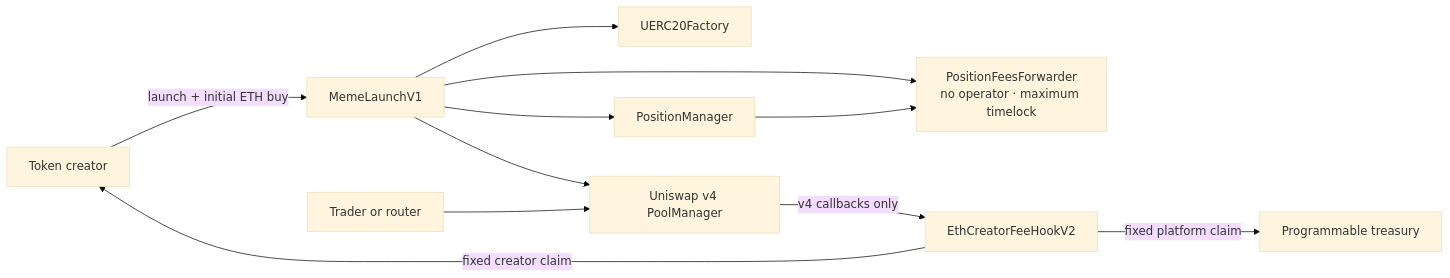
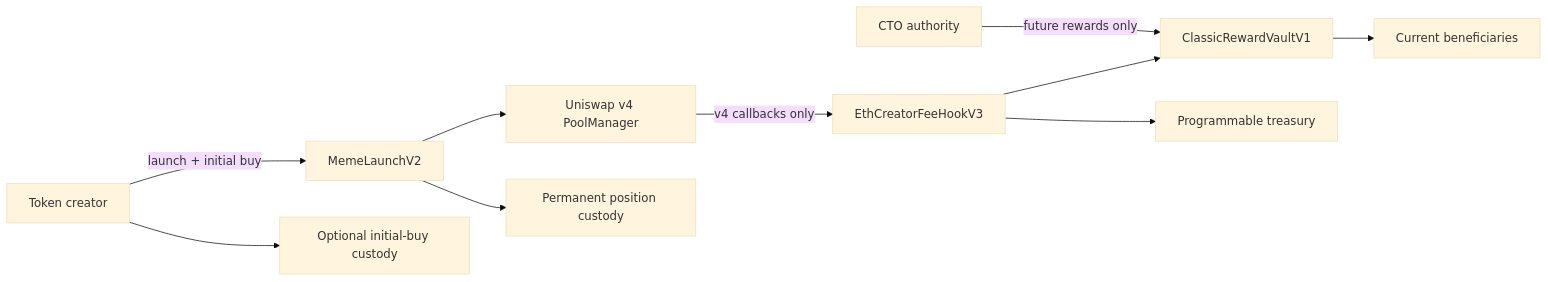
Before and after one commit to 0xprogrammable/PROGRAMMABLE: the diagram in docs/security/CLASSIC_PROPERTIES.md, drawn with Mermaid (base theme). The commit also changed other lines of this file and 13 other files, not shown here.

Commit message:
Activate the current Classic Ethereum release

````diff
--- a/docs/security/CLASSIC_PROPERTIES.md
+++ b/docs/security/CLASSIC_PROPERTIES.md
@@ -8,13 +8,12 @@
 ```mermaid
 flowchart LR
-    creator["Token creator"] -->|"launch + initial ETH buy"| launcher["MemeLaunchV1"]
-    launcher --> factory["UERC20Factory"]
+    creator["Token creator"] -->|"launch + initial buy"| launcher["MemeLaunchV2"]
     launcher --> manager["Uniswap v4 PoolManager"]
-    launcher --> position["PositionManager"]
-    launcher --> lock["PositionFeesForwarder<br/>no operator · maximum timelock"]
-    trader["Trader or router"] --> manager
-    manager -->|"v4 callbacks only"| hook["EthCreatorFeeHookV2"]
-    hook -->|"fixed creator claim"| creator
-    hook -->|"fixed platform claim"| treasury["Programmable treasury"]
-    position --> lock
+    launcher --> position["Permanent position custody"]
+    manager -->|"v4 callbacks only"| hook["EthCreatorFeeHookV3"]
+    hook --> vault["ClassicRewardVaultV1"]
+    vault --> beneficiaries["Current beneficiaries"]
+    hook --> treasury["Programmable treasury"]
+    cto["CTO authority"] -->|"future rewards only"| vault
+    creator --> custody["Optional initial-buy custody"]
 ```
````
